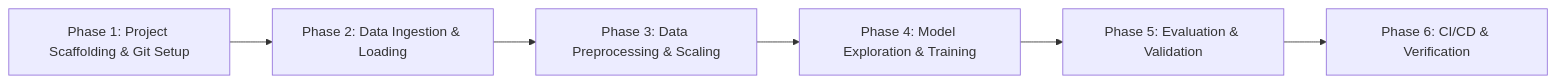
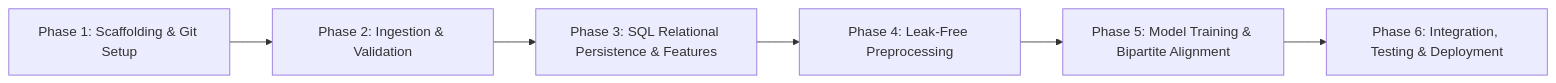
One commit to parth-mehta95/sahkaarx-stage-portfolio-571306d0 changed the first of 2 diagrams in README.md. Above: the diagram before and after it, drawn with Mermaid. The commit also changed other lines of this file and 28 other files, not shown here.

````diff
--- a/README.md
+++ b/README.md
@@ -19,8 +23,8 @@
 ```mermaid
 flowchart LR
-    P1[Phase 1: Project Scaffolding & Git Setup] --> P2[Phase 2: Data Ingestion & Loading]
-    P2 --> P3[Phase 3: Data Preprocessing & Scaling]
-    P3 --> P4[Phase 4: Model Exploration & Training]
-    P4 --> P5[Phase 5: Evaluation & Validation]
-    P5 --> P6[Phase 6: CI/CD & Verification]
+    P1[Phase 1: Scaffolding & Git Setup] --> P2[Phase 2: Ingestion & Validation]
+    P2 --> P3[Phase 3: SQL Relational Persistence & Features]
+    P3 --> P4[Phase 4: Leak-Free Preprocessing]
+    P4 --> P5[Phase 5: Model Training & Bipartite Alignment]
+    P5 --> P6[Phase 6: Integration, Testing & Deployment]
 ```
````
